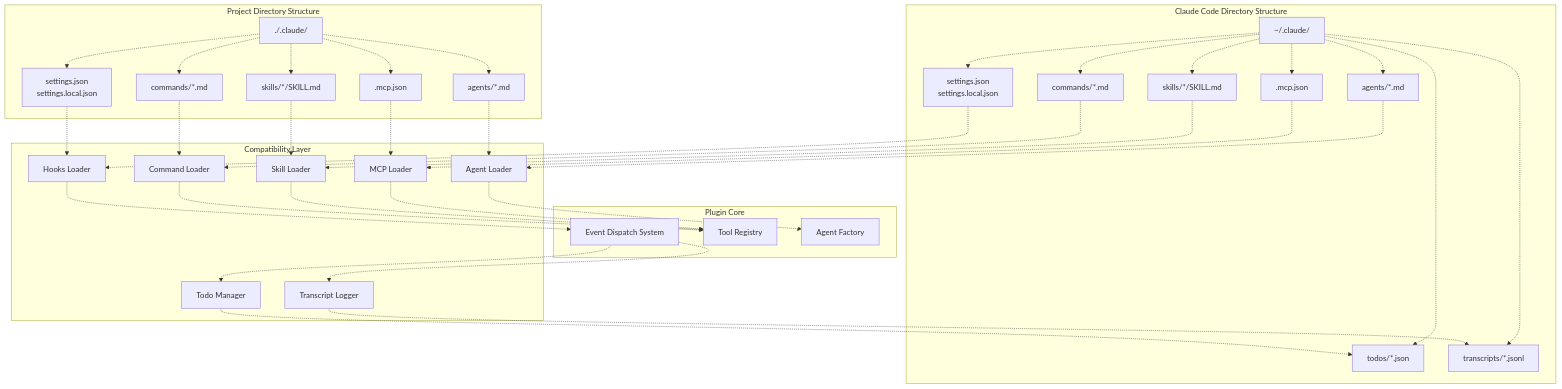
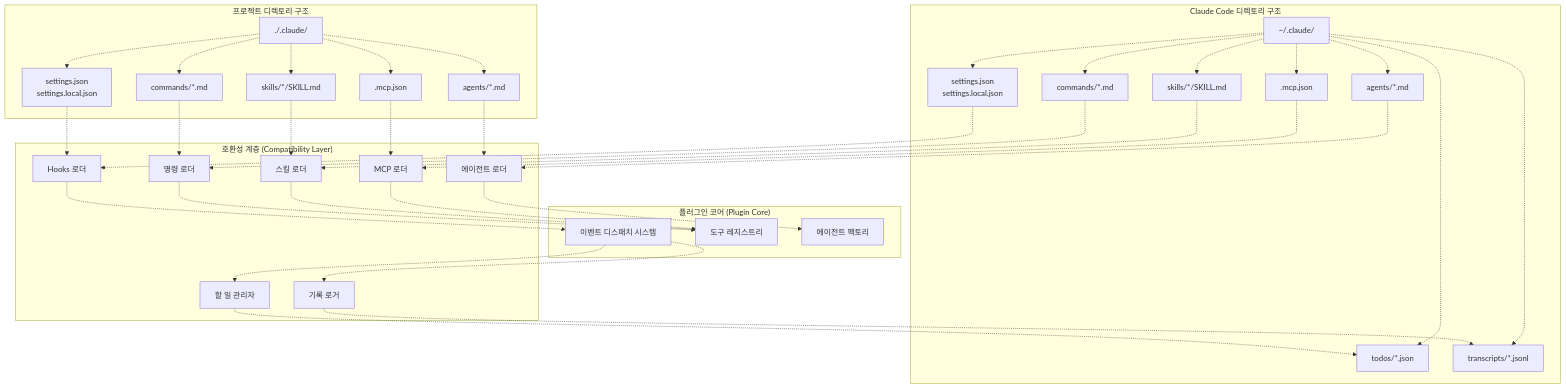
The first of 11 diagrams in docs/compatibility/claude-code-compatibility.md (felipetruman/oh-my-opencode-docs), drawn with Mermaid before and after one commit. The commit also changed other lines of this file and 76 other files, not shown here.

```diff
--- a/docs/compatibility/claude-code-compatibility.md
+++ b/docs/compatibility/claude-code-compatibility.md
@@ -39,16 +39,16 @@
 ProjectSkills["skills/*/SKILL.md"]
 ProjectAgents["agents/*.md"]
 ProjectMCPs[".mcp.json"]
-HooksLoader["Hooks Loader"]
-CommandLoader["Command Loader"]
-SkillLoader["Skill Loader"]
-AgentLoader["Agent Loader"]
-MCPLoader["MCP Loader"]
-TodoManager["Todo Manager"]
-TranscriptLogger["Transcript Logger"]
-EventDispatch["Event Dispatch System"]
-ToolRegistry["Tool Registry"]
-AgentFactory["Agent Factory"]
+HooksLoader["Hooks 로더"]
+CommandLoader["명령 로더"]
+SkillLoader["스킬 로더"]
+AgentLoader["에이전트 로더"]
+MCPLoader["MCP 로더"]
+TodoManager["할 일 관리자"]
+TranscriptLogger["기록 로거"]
+EventDispatch["이벤트 디스패치 시스템"]
+ToolRegistry["도구 레지스트리"]
+AgentFactory["에이전트 팩토리"]
 
 Settings -.-> HooksLoader
 ProjectSettings -.-> HooksLoader
@@ -70,13 +70,13 @@
 EventDispatch -.-> TodoManager
 EventDispatch -.-> TranscriptLogger
 
-subgraph subGraph3 ["Plugin Core"]
+subgraph subGraph3 ["플러그인 코어 (Plugin Core)"]
     EventDispatch
     ToolRegistry
     AgentFactory
 end
 
-subgraph subGraph2 ["Compatibility Layer"]
+subgraph subGraph2 ["호환성 계층 (Compatibility Layer)"]
     HooksLoader
     CommandLoader
     SkillLoader
@@ -86,7 +86,7 @@
     TranscriptLogger
 end
 
-subgraph subGraph1 ["Project Directory Structure"]
+subgraph subGraph1 ["프로젝트 디렉토리 구조"]
     ProjectRoot
     ProjectSettings
     ProjectCommands
@@ -100,7 +100,7 @@
     ProjectRoot -.-> ProjectMCPs
 end
 
-subgraph subGraph0 ["Claude Code Directory Structure"]
+subgraph subGraph0 ["Claude Code 디렉토리 구조"]
     ClaudeHome
     Settings
     Commands
```
